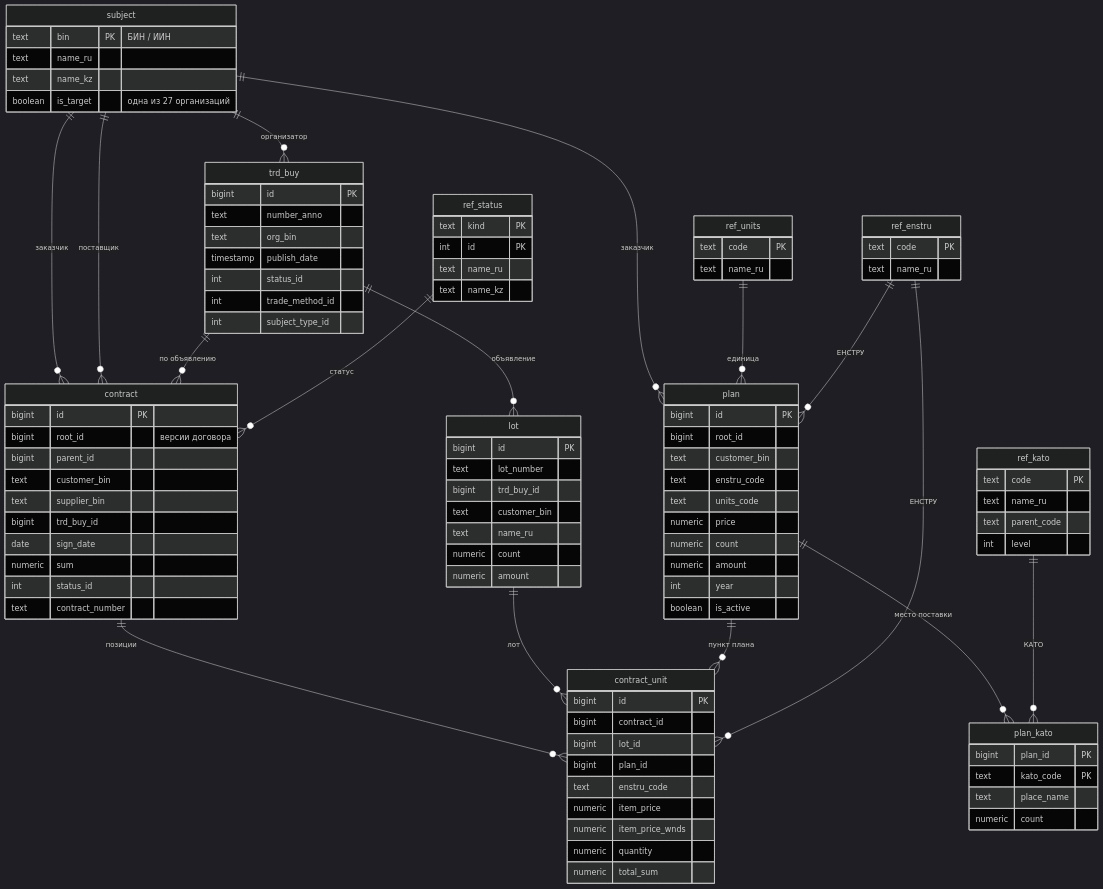
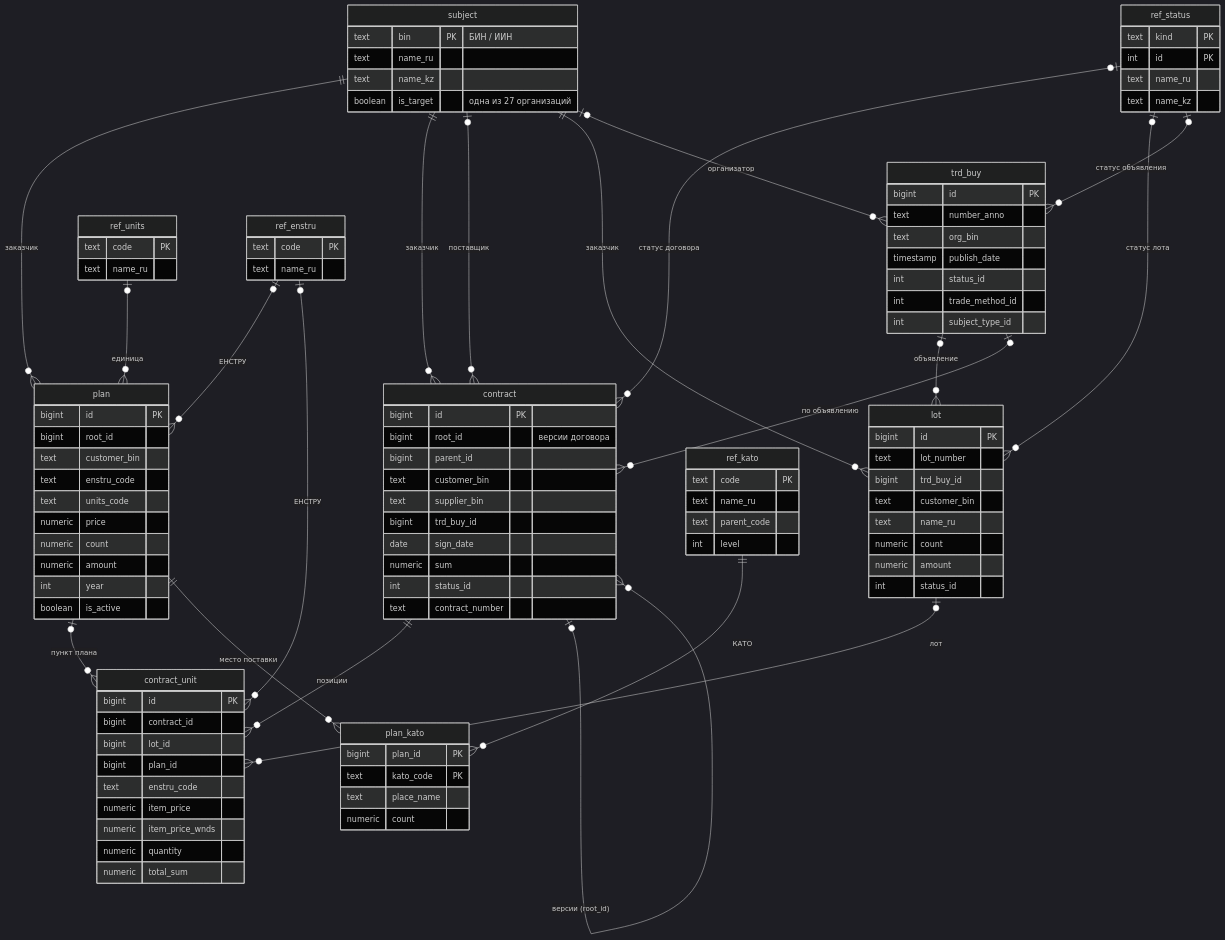
One commit to darigakassenova/zakup-agent changed the first of 2 diagrams in docs/02_storage.md. Above: the diagram before and after it, drawn with Mermaid (dark theme). The commit also changed other lines of this file, not shown here.

Commit message:
upd doc/02

```diff
--- a/docs/02_storage.md
+++ b/docs/02_storage.md
@@ -25,19 +25,23 @@
 erDiagram
     subject ||--o{ plan : "заказчик"
     subject ||--o{ contract : "заказчик"
-    subject ||--o{ contract : "поставщик"
-    subject ||--o{ trd_buy : "организатор"
-    trd_buy ||--o{ lot : "объявление"
-    trd_buy ||--o{ contract : "по объявлению"
+    subject |o--o{ contract : "поставщик"
+    subject ||--o{ lot : "заказчик"
+    subject |o--o{ trd_buy : "организатор"
+    trd_buy |o--o{ lot : "объявление"
+    trd_buy |o--o{ contract : "по объявлению"
     contract ||--o{ contract_unit : "позиции"
-    lot ||--o{ contract_unit : "лот"
-    plan ||--o{ contract_unit : "пункт плана"
+    contract |o--o{ contract : "версии (root_id)"
+    lot |o--o{ contract_unit : "лот"
+    plan |o--o{ contract_unit : "пункт плана"
     plan ||--o{ plan_kato : "место поставки"
     ref_kato ||--o{ plan_kato : "КАТО"
-    ref_units ||--o{ plan : "единица"
-    ref_enstru ||--o{ plan : "ЕНСТРУ"
-    ref_enstru ||--o{ contract_unit : "ЕНСТРУ"
-    ref_status ||--o{ contract : "статус"
+    ref_units |o--o{ plan : "единица"
+    ref_enstru |o--o{ plan : "ЕНСТРУ"
+    ref_enstru |o--o{ contract_unit : "ЕНСТРУ"
+    ref_status |o--o{ contract : "статус договора"
+    ref_status |o--o{ lot : "статус лота"
+    ref_status |o--o{ trd_buy : "статус объявления"
 
     subject {
         text bin PK "БИН / ИИН"
@@ -80,6 +84,7 @@
         text name_ru
         numeric count
         numeric amount
+        int status_id
     }
     contract {
         bigint id PK
```
